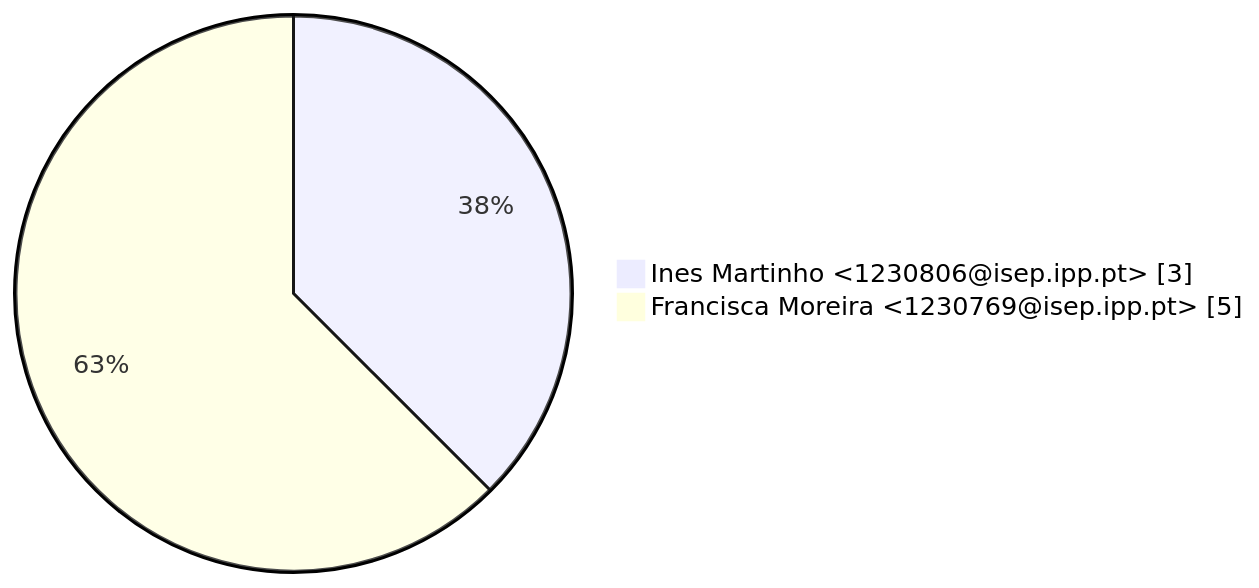
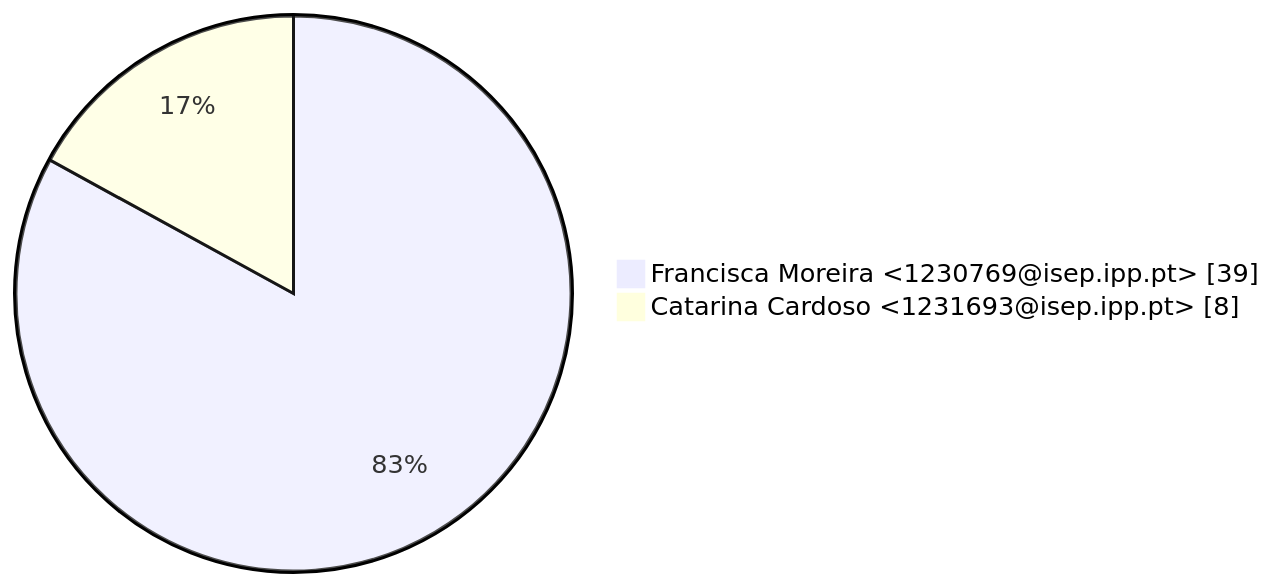
Before and after one commit to catarina65-isep/LSIS-Equipa-9: the third of 3 diagrams in GitAnalysis/Sprint_1/Contributions.md, drawn with Mermaid. The commit also changed other lines of this file and 1 other file, not shown here.

````diff
--- a/GitAnalysis/Sprint_1/Contributions.md
+++ b/GitAnalysis/Sprint_1/Contributions.md
@@ -22,5 +22,5 @@
 ```mermaid
 pie showData
-    " Ines Martinho <1230806@isep.ipp.pt>" : 3
-    " Francisca Moreira <1230769@isep.ipp.pt>" : 5
+    " Francisca Moreira <1230769@isep.ipp.pt>" : 39
+    " Catarina Cardoso <1231693@isep.ipp.pt>" : 8
 ```
````
